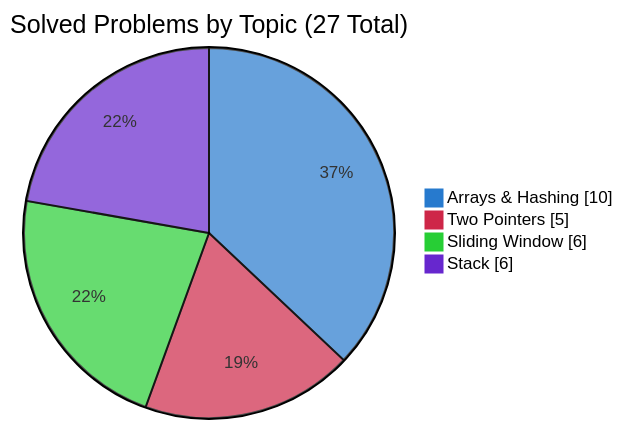
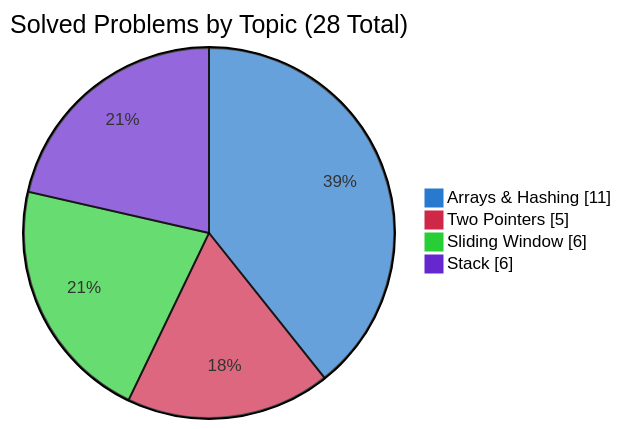
One commit to simonesiega/leetcode-solutions changed the second of 2 diagrams in README.md. Above: the diagram before and after it, drawn with Mermaid. The commit also changed other lines of this file and 3 other files, not shown here.

````diff
--- a/README.md
+++ b/README.md
@@ -71,9 +71,9 @@
 ```mermaid
 %%{init: {"themeVariables":{"pie1":"#277ace","pie2":"#ce2748","pie3":"#27ce35","pie4":"#6727ce"},"themeCSS":".pieCircle:nth-of-type(1){fill:#277ace!important}.legend:nth-of-type(2) rect{fill:#277ace!important;stroke:#277ace!important}.pieCircle:nth-of-type(2){fill:#ce2748!important}.legend:nth-of-type(3) rect{fill:#ce2748!important;stroke:#ce2748!important}.pieCircle:nth-of-type(3){fill:#27ce35!important}.legend:nth-of-type(4) rect{fill:#27ce35!important;stroke:#27ce35!important}.pieCircle:nth-of-type(4){fill:#6727ce!important}.legend:nth-of-type(5) rect{fill:#6727ce!important;stroke:#6727ce!important}"}}%%
 pie showData
-    title Solved Problems by Topic (27 Total)
-    "Arrays & Hashing" : 10
+    title Solved Problems by Topic (28 Total)
+    "Arrays & Hashing" : 11
     "Two Pointers" : 5
     "Sliding Window" : 6
     "Stack" : 6
 ```
````
